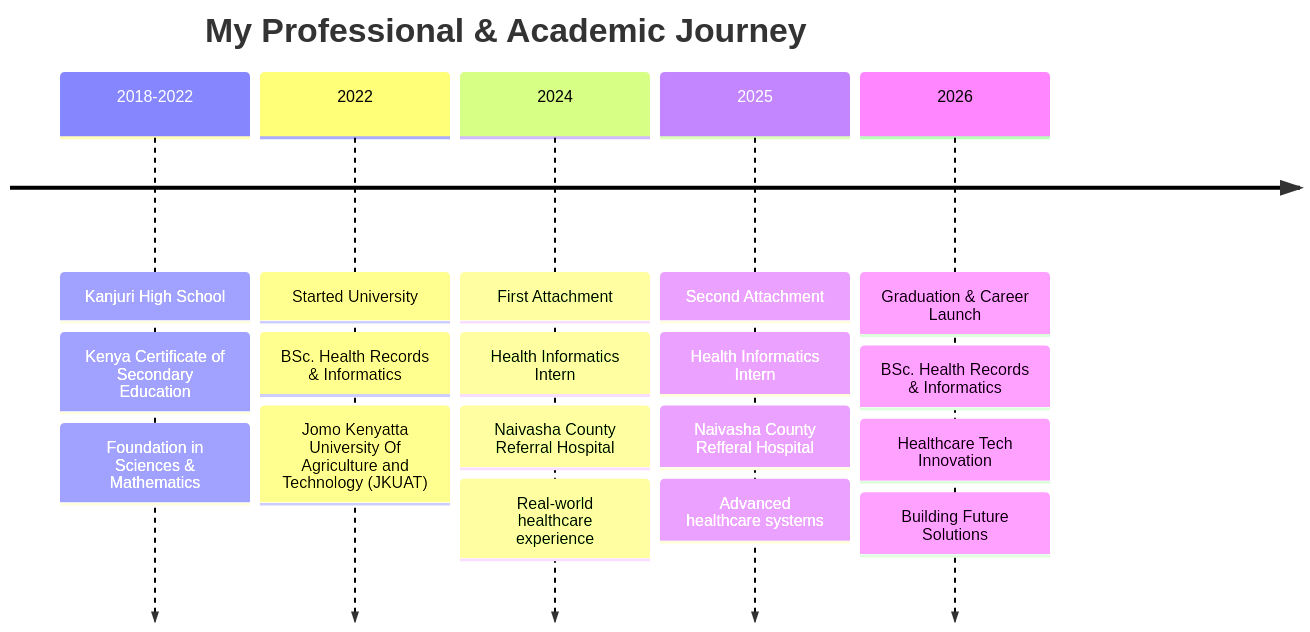
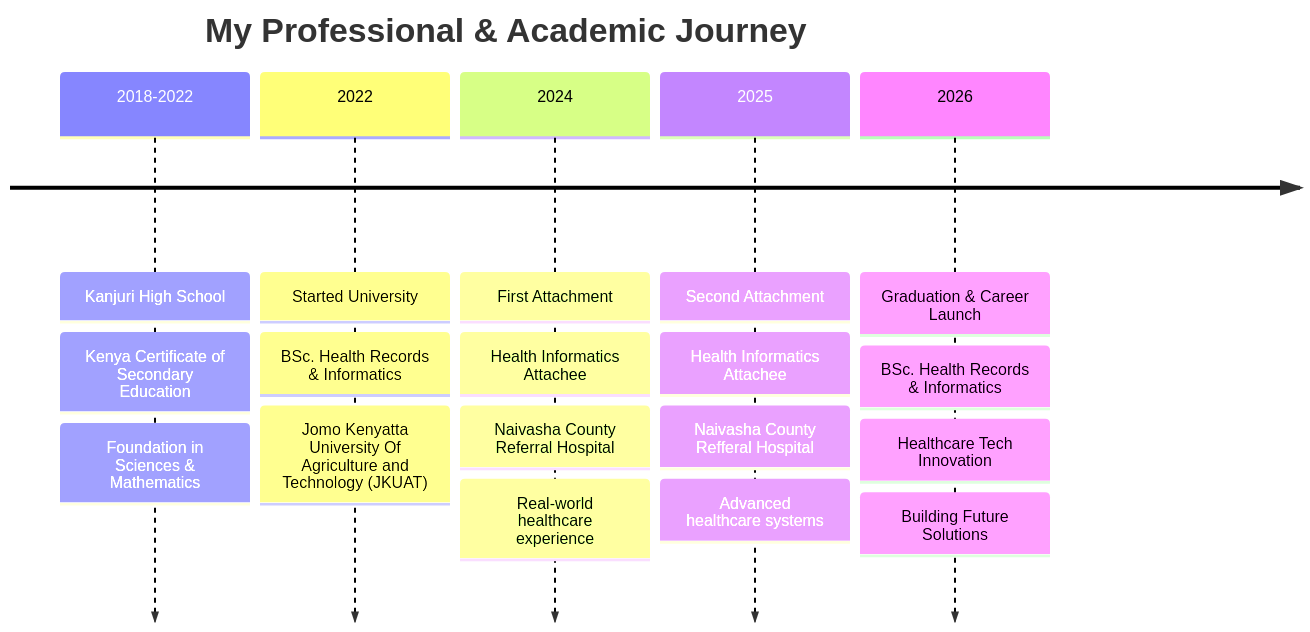
Before and after one commit to Sammy2266/Sammy2266: the first of 2 diagrams in README.md, drawn with Mermaid. The commit also changed other lines of this file, not shown here.

````diff
--- a/README.md
+++ b/README.md
@@ -34,27 +34,27 @@
 ```mermaid
 timeline
     title My Professional & Academic Journey
 
     2018-2022 : Kanjuri High School
               : Kenya Certificate of Secondary Education
               : Foundation in Sciences & Mathematics
 
     2022      : Started University
               : BSc. Health Records & Informatics
               : Jomo Kenyatta University Of Agriculture and Technology (JKUAT)
 
     2024      : First Attachment
-              : Health Informatics Intern
+              : Health Informatics Attachee
               : Naivasha County Referral Hospital
               : Real-world healthcare experience
 
     2025      : Second Attachment
-              : Health Informatics Intern
+              : Health Informatics Attachee
               : Naivasha County Refferal Hospital
               : Advanced healthcare systems
 
     2026      : Graduation & Career Launch
               : BSc. Health Records & Informatics
               : Healthcare Tech Innovation
               : Building Future Solutions
 ```
````
